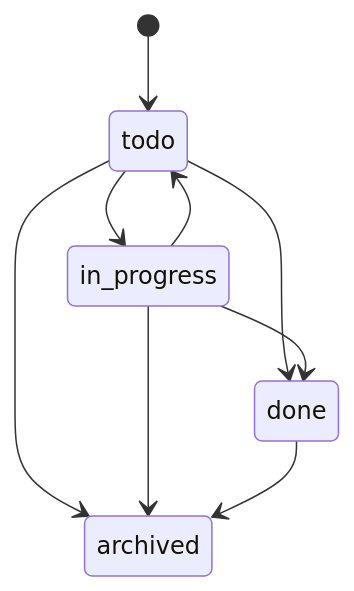
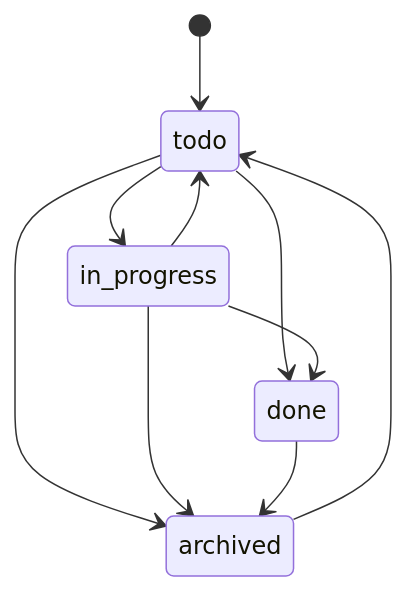
Before and after one commit to yt-hsgw/TaskTimer: the second of 2 diagrams in docs/domain-model.md, drawn with Mermaid. The commit also changed other lines of this file and 12 other files, not shown here.

````diff
--- a/docs/domain-model.md
+++ b/docs/domain-model.md
@@ -325,11 +331,12 @@
 ```mermaid
 stateDiagram-v2
   [*] --> todo
   todo --> in_progress
   todo --> done
   in_progress --> done
   in_progress --> todo
   todo --> archived
   in_progress --> archived
   done --> archived
+  archived --> todo
 ```
````
